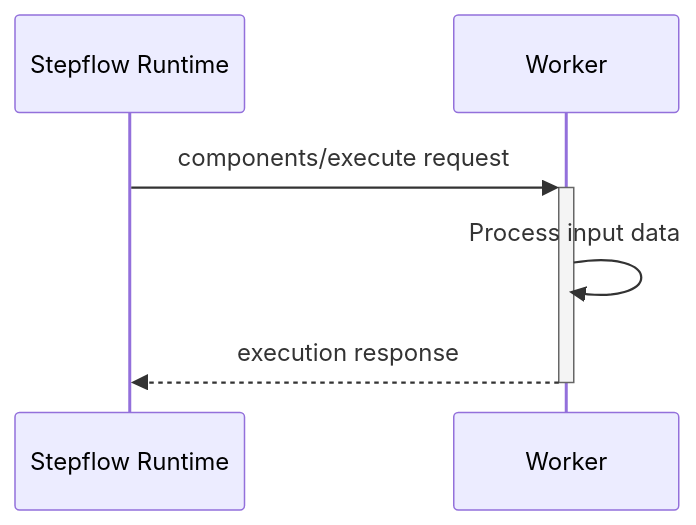
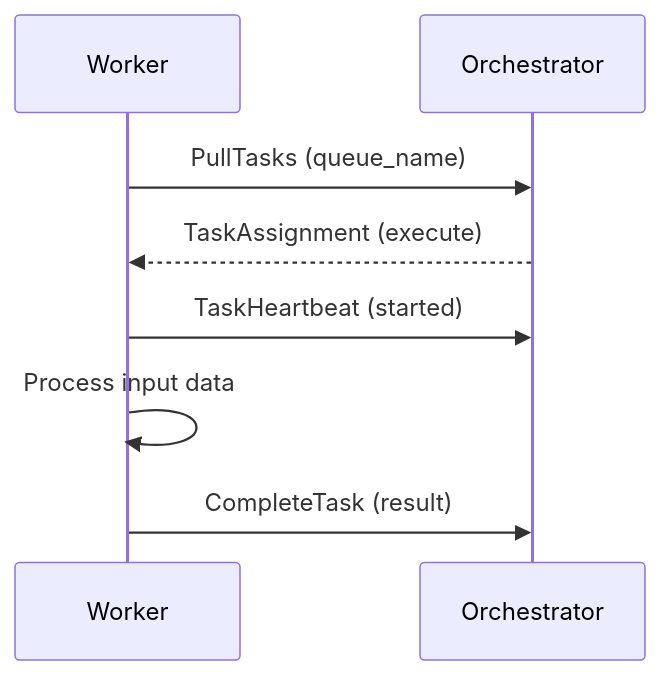
Before and after one commit to stepflow-ai/stepflow: the second of 3 diagrams in docs/docs/protocol/index.md, drawn with Mermaid. The commit also changed other lines of this file and 28 other files, not shown here.

First line of the commit message:
docs: Update documentation for gRPC-first architecture

````diff
--- a/docs/docs/protocol/index.md
+++ b/docs/docs/protocol/index.md
@@ -111,9 +103,11 @@
 ```mermaid
 sequenceDiagram
-    participant Runtime as Stepflow Runtime
     participant Worker as Worker
+    participant Orchestrator as Orchestrator
 
-    Runtime->>+Worker: components/execute request
+    Worker->>Orchestrator: PullTasks (queue_name)
+    Orchestrator-->>Worker: TaskAssignment (execute)
+    Worker->>Orchestrator: TaskHeartbeat (started)
     Worker->>Worker: Process input data
-    Worker-->>-Runtime: execution response
+    Worker->>Orchestrator: CompleteTask (result)
 ```
````
